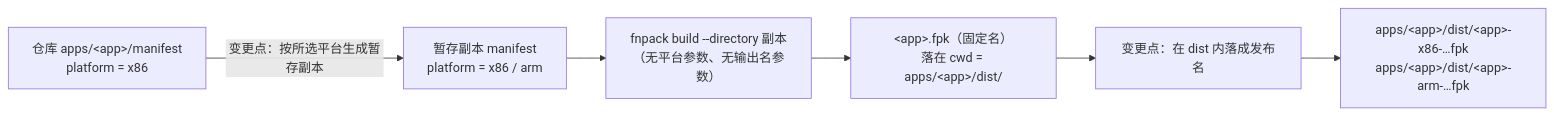
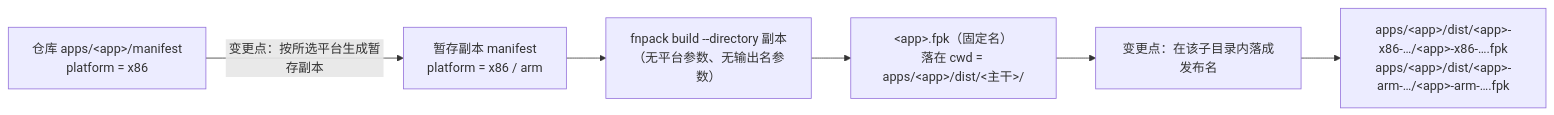
Before and after one commit to FNOSP/fnos-dsh: the first of 3 diagrams in docs/plans/PLAN-FNOS-044-fpk-platform-selection.md, drawn with Mermaid. The commit also changed other lines of this file and 16 other files, not shown here.

````diff
--- a/docs/plans/PLAN-FNOS-044-fpk-platform-selection.md
+++ b/docs/plans/PLAN-FNOS-044-fpk-platform-selection.md
@@ -42,8 +42,8 @@
 ```mermaid
 flowchart LR
   Repo["仓库 apps/&lt;app&gt;/manifest<br/>platform = x86"] -->|"变更点：按所选平台生成暂存副本"| Stage["暂存副本 manifest<br/>platform = x86 / arm"]
   Stage --> Fnpack["fnpack build --directory 副本<br/>（无平台参数、无输出名参数）"]
-  Fnpack --> Fixed["&lt;app&gt;.fpk（固定名）<br/>落在 cwd = apps/&lt;app&gt;/dist/"]
-  Fixed --> Finalize["变更点：在 dist 内落成发布名"]
-  Finalize --> Out["apps/&lt;app&gt;/dist/&lt;app&gt;-x86-…fpk<br/>apps/&lt;app&gt;/dist/&lt;app&gt;-arm-…fpk"]
+  Fnpack --> Fixed["&lt;app&gt;.fpk（固定名）<br/>落在 cwd = apps/&lt;app&gt;/dist/&lt;主干&gt;/"]
+  Fixed --> Finalize["变更点：在该子目录内落成发布名"]
+  Finalize --> Out["apps/&lt;app&gt;/dist/&lt;app&gt;-x86-…/&lt;app&gt;-x86-….fpk<br/>apps/&lt;app&gt;/dist/&lt;app&gt;-arm-…/&lt;app&gt;-arm-….fpk"]
 ```
````
